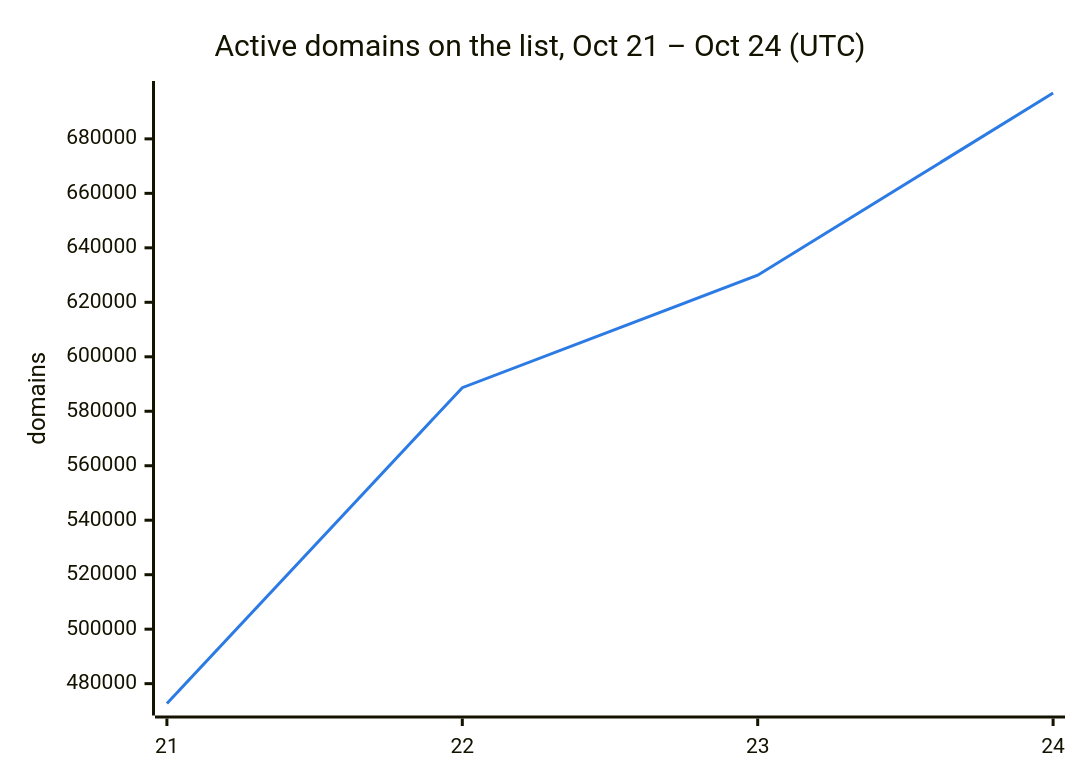
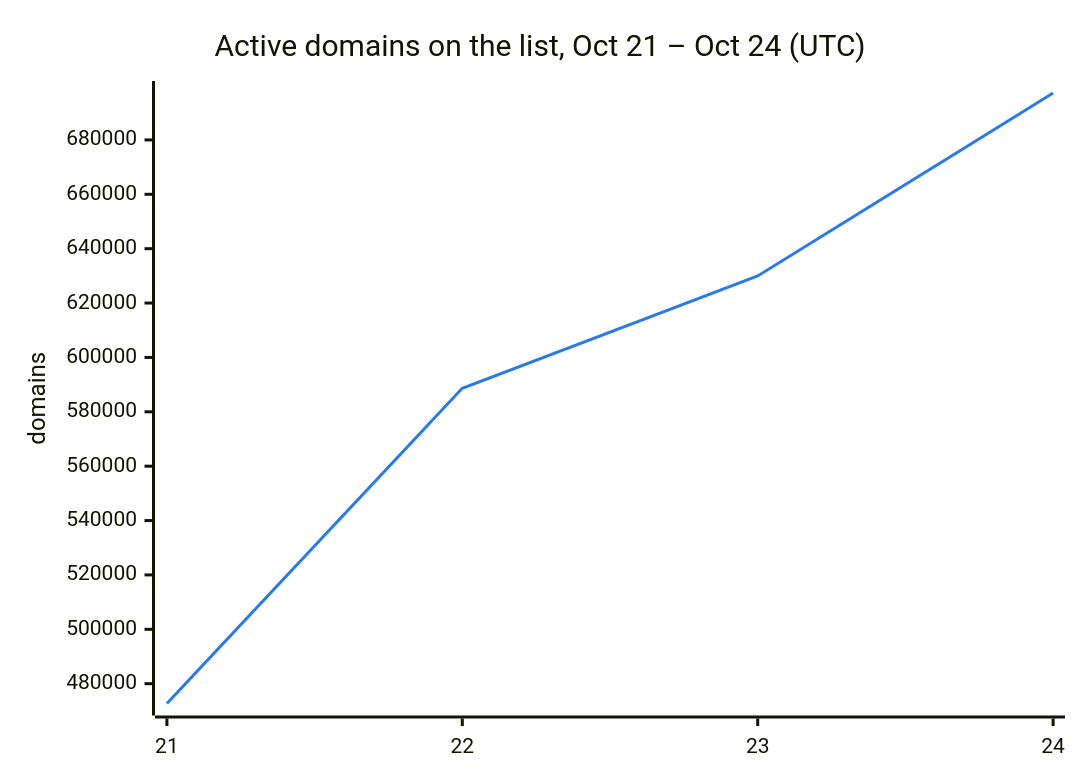
One commit to DNSBunker/CTI changed the second of 3 diagrams in README.md. Above: the diagram before and after it, drawn with Mermaid. The commit also changed other lines of this file and 3 other files, not shown here.

````diff
--- a/README.md
+++ b/README.md
@@ -38,8 +38,8 @@
 ```mermaid
 %%{init: {"themeVariables": {"xyChart": {"plotColorPalette": "#2c7be5"}}}}%%
 xychart-beta
     title "Active domains on the list, Oct 21 – Oct 24 (UTC)"
     x-axis ["21", "22", "23", "24"]
     y-axis "domains"
-    line [472713, 588659, 629951, 696839]
+    line [472713, 588659, 629951, 697260]
 ```
````
